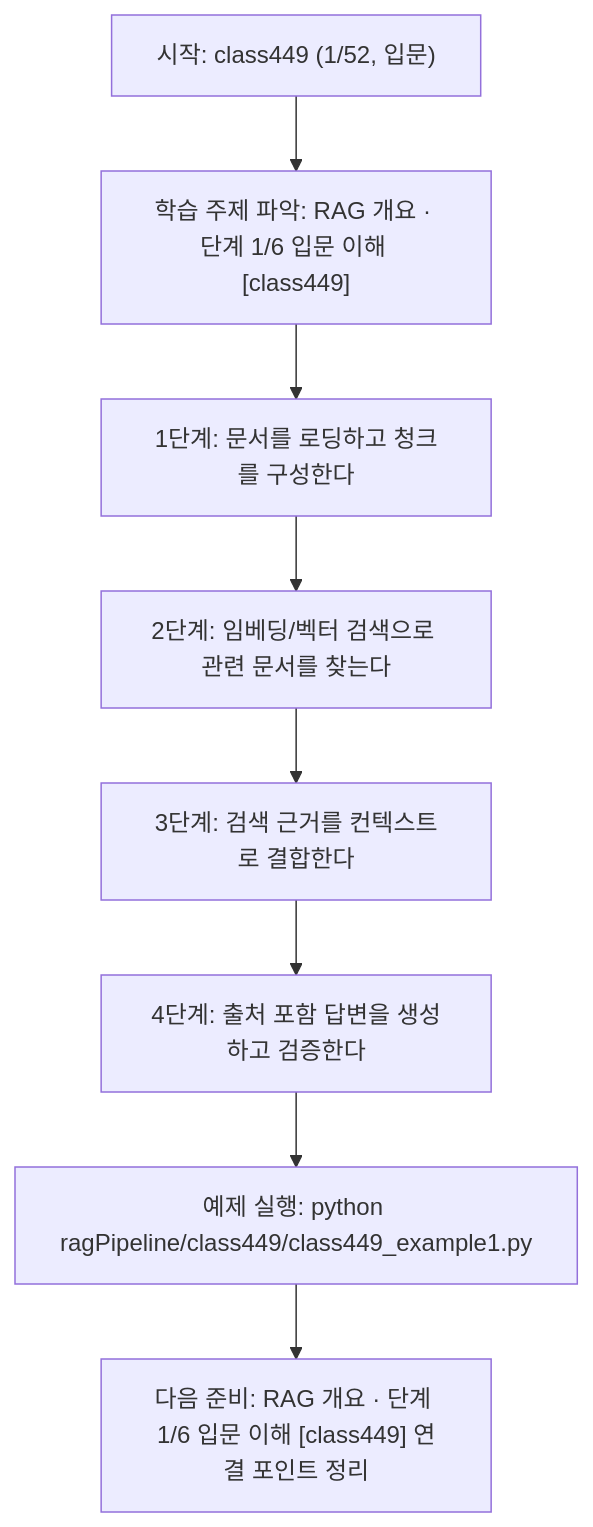
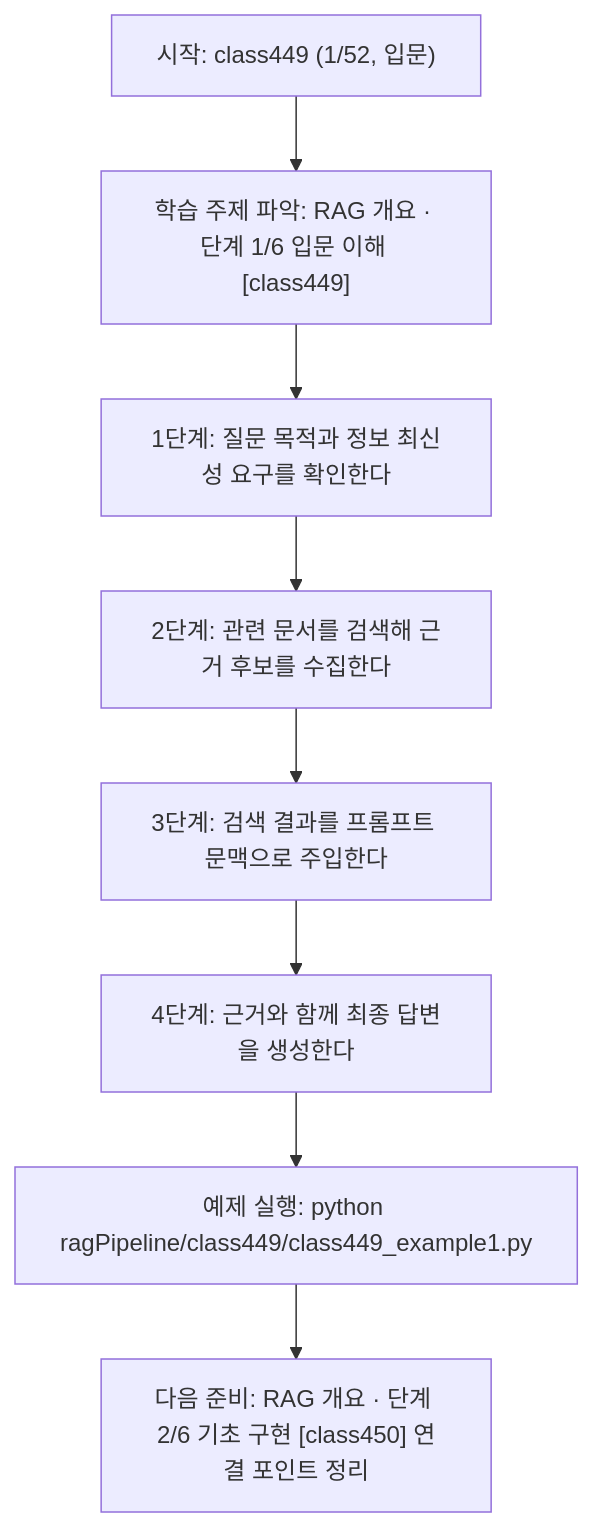
Before and after one commit to edumgt/Python-AI_Agent-Class: the diagram in ragPipeline/class449/class449.md, drawn with Mermaid. The commit also changed other lines of this file and 367 other files, not shown here.

````diff
--- a/ragPipeline/class449/class449.md
+++ b/ragPipeline/class449/class449.md
@@ -110,18 +92,18 @@
 ```mermaid
 flowchart TD
 N1["시작: class449 (1/52, 입문)"]
 N2["학습 주제 파악: RAG 개요 · 단계 1/6 입문 이해 [class449]"]
-N3["1단계: 문서를 로딩하고 청크를 구성한다"]
-N4["2단계: 임베딩/벡터 검색으로 관련 문서를 찾는다"]
-N5["3단계: 검색 근거를 컨텍스트로 결합한다"]
-N6["4단계: 출처 포함 답변을 생성하고 검증한다"]
+N3["1단계: 질문 목적과 정보 최신성 요구를 확인한다"]
+N4["2단계: 관련 문서를 검색해 근거 후보를 수집한다"]
+N5["3단계: 검색 결과를 프롬프트 문맥으로 주입한다"]
+N6["4단계: 근거와 함께 최종 답변을 생성한다"]
 N7["예제 실행: python ragPipeline/class449/class449_example1.py"]
-N8["다음 준비: RAG 개요 · 단계 1/6 입문 이해 [class449] 연결 포인트 정리"]
+N8["다음 준비: RAG 개요 · 단계 2/6 기초 구현 [class450] 연결 포인트 정리"]
 N1 --> N2
 N2 --> N3
 N3 --> N4
 N4 --> N5
 N5 --> N6
 N6 --> N7
 N7 --> N8
 ```
````
